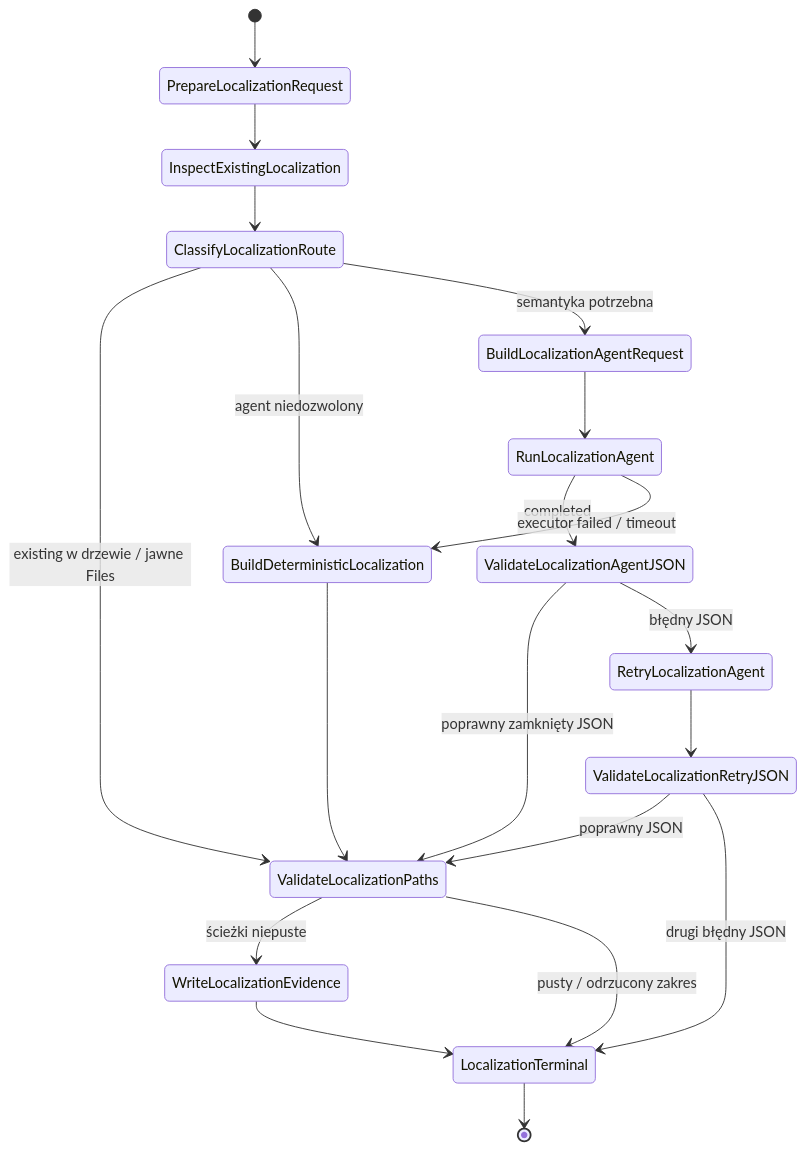
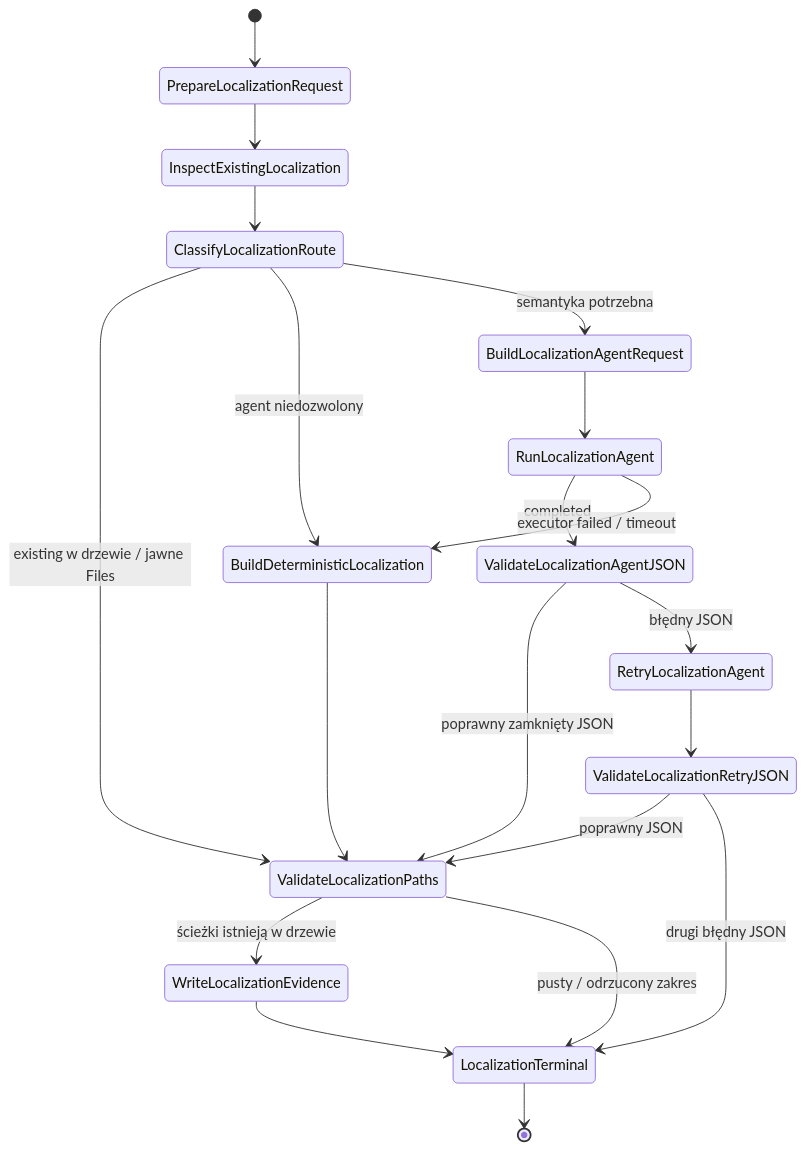
Diagram 19 of 47 in README.md (mikolaj92/lokay), drawn with Mermaid before and after one commit. The commit also changed other lines of this file and 4 other files, not shown here.

````diff
--- a/README.md
+++ b/README.md
@@ -561,22 +561,22 @@
 ```mermaid
 stateDiagram-v2
     [*] --> PrepareLocalizationRequest
     PrepareLocalizationRequest --> InspectExistingLocalization
     InspectExistingLocalization --> ClassifyLocalizationRoute
     ClassifyLocalizationRoute --> ValidateLocalizationPaths: existing w drzewie / jawne Files
     ClassifyLocalizationRoute --> BuildDeterministicLocalization: agent niedozwolony
     ClassifyLocalizationRoute --> BuildLocalizationAgentRequest: semantyka potrzebna
     BuildLocalizationAgentRequest --> RunLocalizationAgent
     RunLocalizationAgent --> ValidateLocalizationAgentJSON: completed
     RunLocalizationAgent --> BuildDeterministicLocalization: executor failed / timeout
     ValidateLocalizationAgentJSON --> ValidateLocalizationPaths: poprawny zamknięty JSON
     ValidateLocalizationAgentJSON --> RetryLocalizationAgent: błędny JSON
     RetryLocalizationAgent --> ValidateLocalizationRetryJSON
     ValidateLocalizationRetryJSON --> ValidateLocalizationPaths: poprawny JSON
     ValidateLocalizationRetryJSON --> LocalizationTerminal: drugi błędny JSON
     BuildDeterministicLocalization --> ValidateLocalizationPaths
-    ValidateLocalizationPaths --> WriteLocalizationEvidence: ścieżki niepuste
+    ValidateLocalizationPaths --> WriteLocalizationEvidence: ścieżki istnieją w drzewie
     ValidateLocalizationPaths --> LocalizationTerminal: pusty / odrzucony zakres
     WriteLocalizationEvidence --> LocalizationTerminal
     LocalizationTerminal --> [*]
 ```
````
